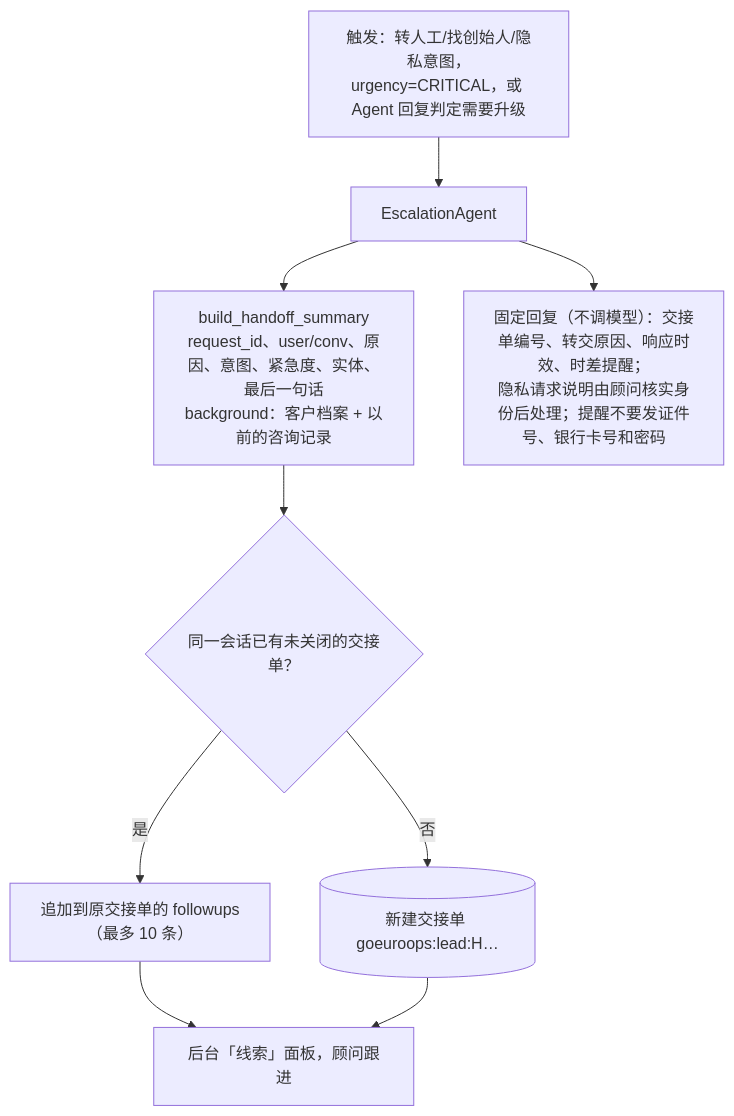
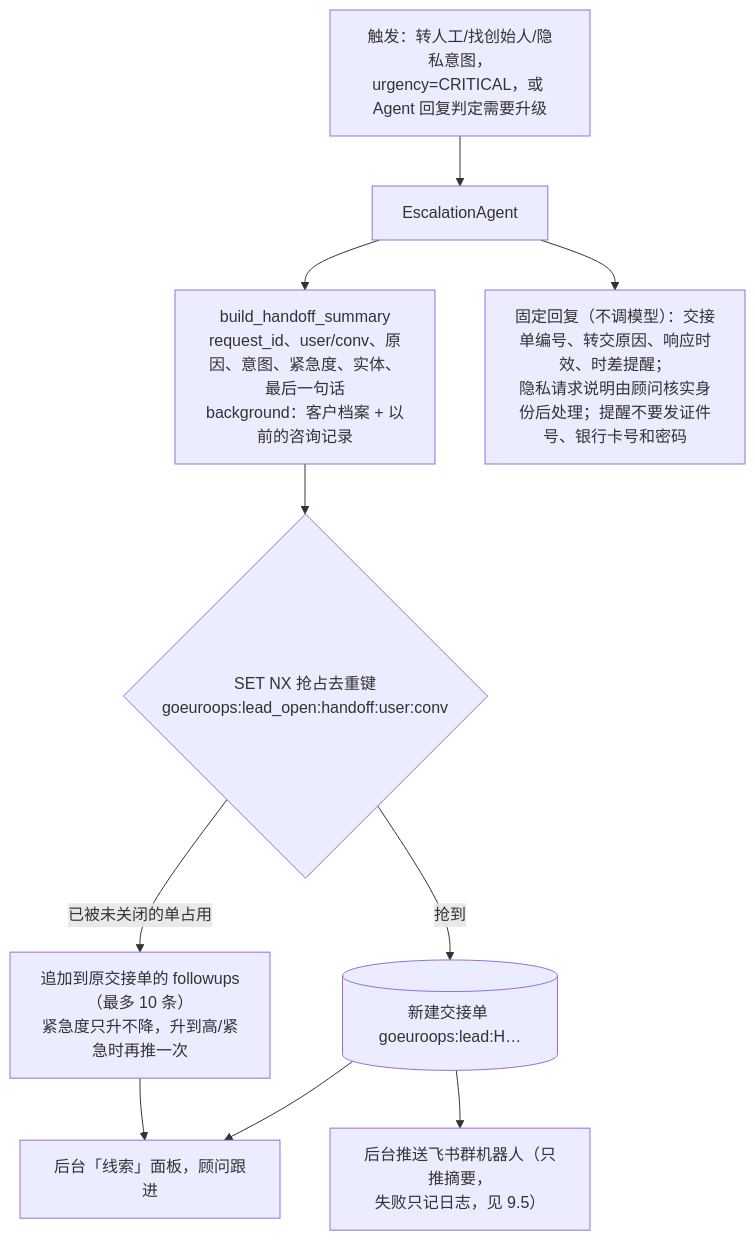
Before and after one commit to 44sunsetsf/GoEuroOps: diagram 11 of 16 in docs/ARCHITECTURE.md, drawn with Mermaid. The commit also changed other lines of this file and 23 other files, not shown here.

````diff
--- a/docs/ARCHITECTURE.md
+++ b/docs/ARCHITECTURE.md
@@ -430,11 +434,12 @@
 ```mermaid
 flowchart TD
     a["触发：转人工/找创始人/隐私意图，<br/>urgency=CRITICAL，或 Agent 回复判定需要升级"] --> b[EscalationAgent]
     b --> c["build_handoff_summary<br/>request_id、user/conv、原因、意图、紧急度、实体、最后一句话<br/>background：客户档案 + 以前的咨询记录"]
-    c --> d{"同一会话已有未关闭的交接单？"}
-    d -->|是| e[追加到原交接单的 followups（最多 10 条）]
-    d -->|否| f[("新建交接单 goeuroops:lead:H…")]
+    c --> d{"SET NX 抢占去重键<br/>goeuroops:lead_open:handoff:user:conv"}
+    d -->|已被未关闭的单占用| e["追加到原交接单的 followups（最多 10 条）<br/>紧急度只升不降，升到高/紧急时再推一次"]
+    d -->|抢到| f[("新建交接单 goeuroops:lead:H…")]
     e --> g[后台「线索」面板，顾问跟进]
     f --> g
+    f --> n["后台推送飞书群机器人（只推摘要，<br/>失败只记日志，见 9.5）"]
     b --> h["固定回复（不调模型）：交接单编号、转交原因、响应时效、时差提醒；<br/>隐私请求说明由顾问核实身份后处理；提醒不要发证件号、银行卡号和密码"]
 ```
````
